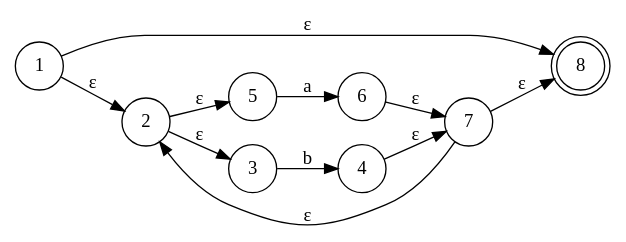
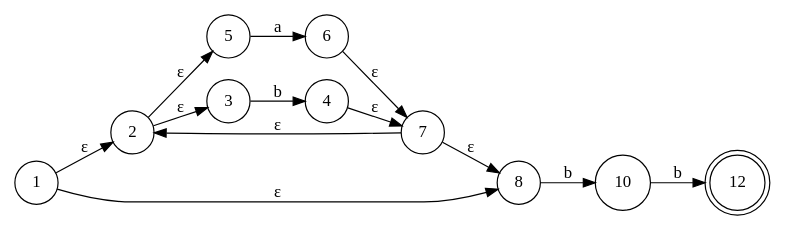
The diagram in Entrega final/fsm.gv (josepablito16/Regex-Engine), drawn with Graphviz before and after one commit. The commit also changed 3 other files, not shown here.

```diff
--- a/Entrega final/fsm.gv
+++ b/Entrega final/fsm.gv
@@ -1,16 +1,18 @@
 digraph finite_state_machine {
 	rankdir=LR size="8,5"
 	node [shape=doublecircle]
-	8
+	12
 	node [shape=circle]
 	1 -> 2 [label="ε"]
 	1 -> 8 [label="ε"]
 	2 -> 5 [label="ε"]
 	2 -> 3 [label="ε"]
 	3 -> 4 [label=b]
 	4 -> 7 [label="ε"]
 	5 -> 6 [label=a]
 	6 -> 7 [label="ε"]
 	7 -> 2 [label="ε"]
 	7 -> 8 [label="ε"]
+	8 -> 10 [label=b]
+	10 -> 12 [label=b]
 }
```
